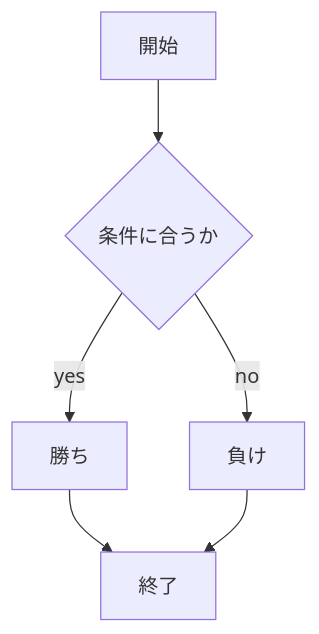
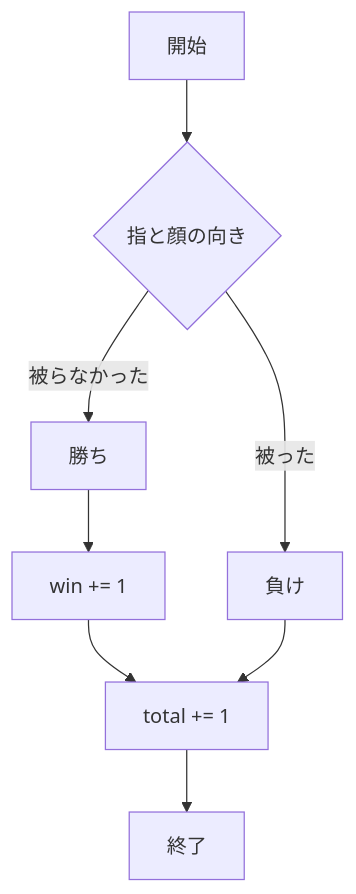
Before and after one commit to adachiteruya/webpro_06: the second of 3 diagrams in README.md, drawn with Mermaid. The commit also changed other lines of this file and 14 other files, not shown here.

````diff
--- a/README.md
+++ b/README.md
@@ -31,15 +160,19 @@
 ```mermaid
 flowchart TD;
 
 start["開始"];
 end1["終了"]
-if{"条件に合うか"}
+if{"指と顔の向き"}
 win["勝ち"]
+win_count["win += 1"]
 lose["負け"]
+total["total += 1"]
 
 start --> if
-if -->|yes| win
-win --> end1
-if -->|no| lose
-lose --> end1
+if -->|被らなかった| win
+win --> win_count
+win_count --> total
+if -->|被った| lose
+lose --> total
+total --> end1
 ```
````
